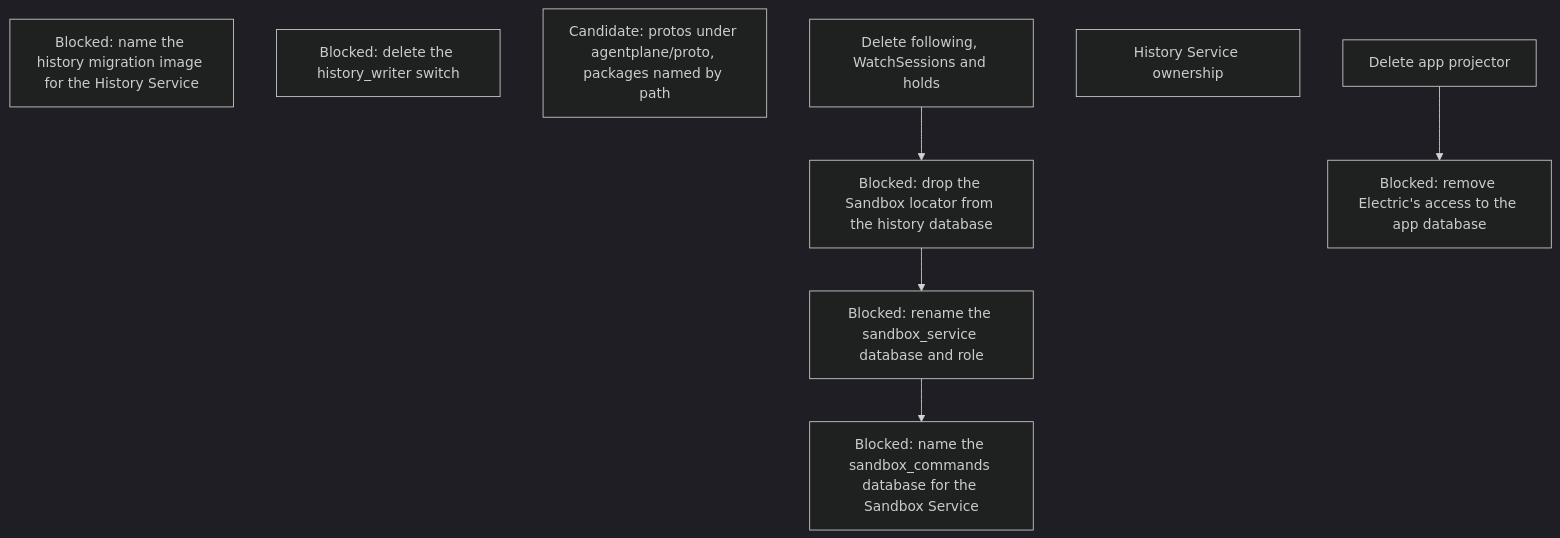
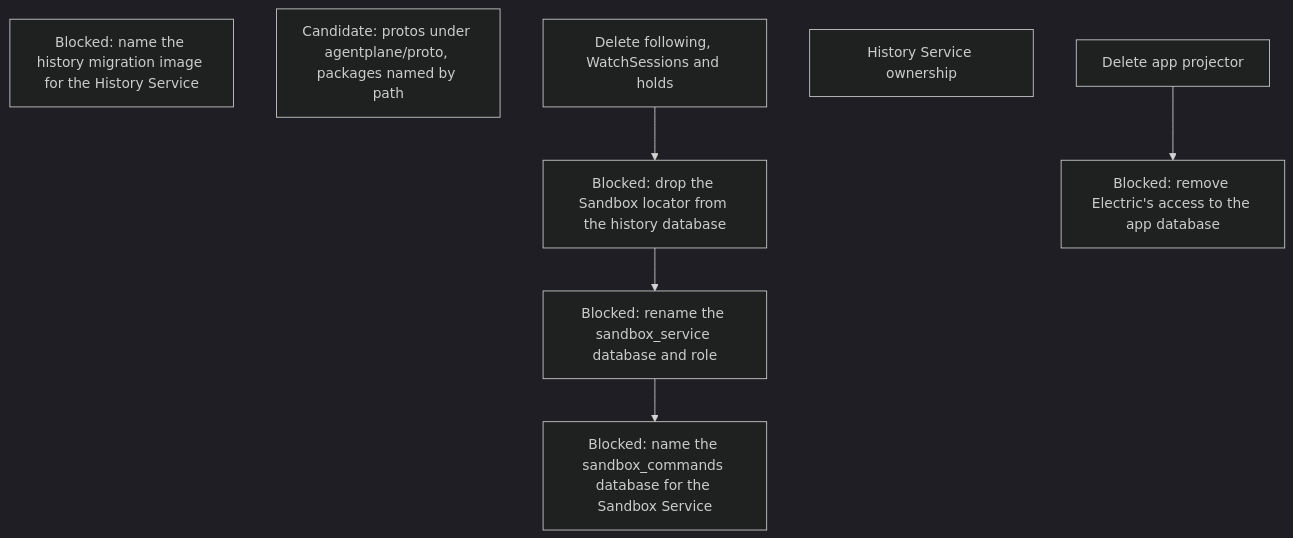
The tenth of 12 diagrams in agentplane/plans/task_dag.md (agentydragon-agent/ducktape), drawn with Mermaid (dark theme) before and after one commit. The commit also changed other lines of this file and 9 other files, not shown here.

First line of the commit message:
agentplane: delete the history writer switch (#9914)

````diff
--- a/agentplane/plans/task_dag.md
+++ b/agentplane/plans/task_dag.md
@@ -738,16 +738,15 @@
 ```mermaid
 flowchart TD
     HISTORY_SANDBOX_LOCATOR_DROP[Blocked: drop the Sandbox locator from the history database]
     HISTORY_MIGRATE_IMAGE_RENAME[Blocked: name the history migration image for the History Service]
-    HISTORY_WRITER_SWITCH_RETIRE[Blocked: delete the history_writer switch]
     HISTORY_DATABASE_RENAME[Blocked: rename the sandbox_service database and role]
     SANDBOX_DATABASE_RENAME[Blocked: name the sandbox_commands database for the Sandbox Service]
     APP_ELECTRIC_RETIRE[Blocked: remove Electric's access to the app database]
     PROTO_DIRECTORY[Candidate: protos under agentplane/proto, packages named by path]
     APP_PROJECTOR_RETIRE[Delete app projector]
     HISTORY_SERVICE_OWNERSHIP[History Service ownership]
     FOLLOW_PATH_RETIRE[Delete following, WatchSessions and holds] --> HISTORY_SANDBOX_LOCATOR_DROP
     HISTORY_SANDBOX_LOCATOR_DROP --> HISTORY_DATABASE_RENAME
     HISTORY_DATABASE_RENAME --> SANDBOX_DATABASE_RENAME
     APP_PROJECTOR_RETIRE --> APP_ELECTRIC_RETIRE
 ```
````
